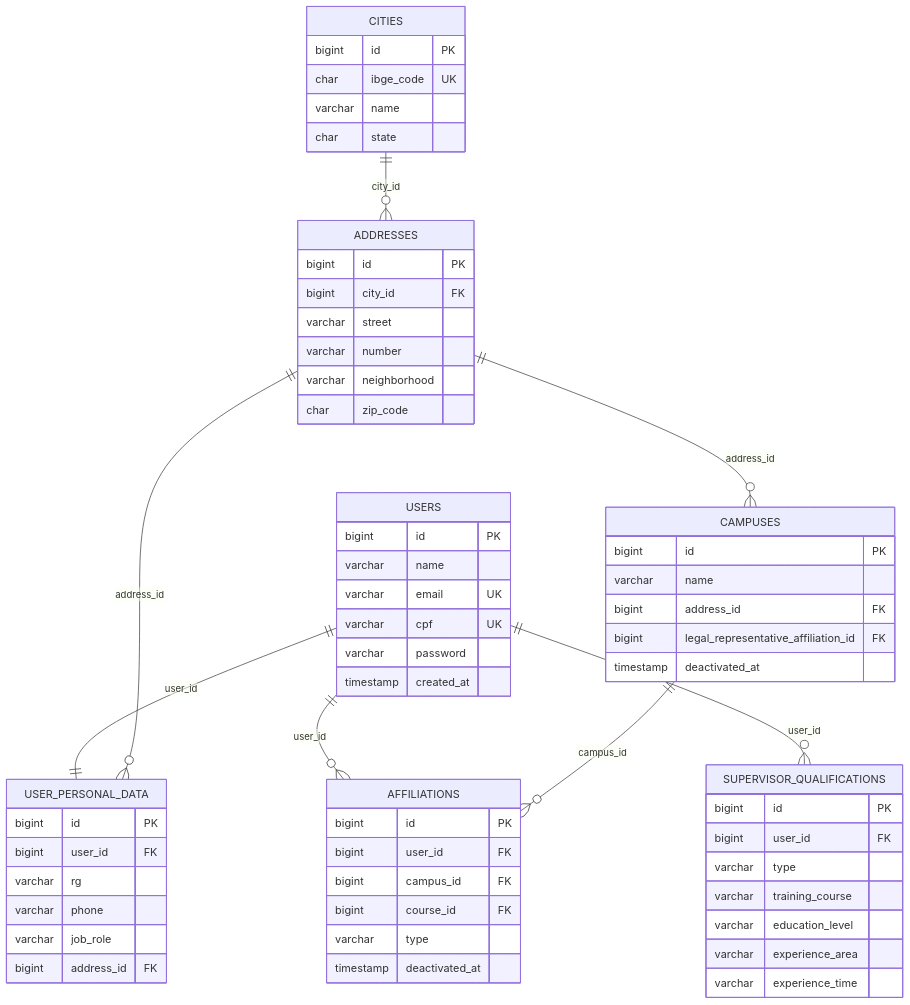
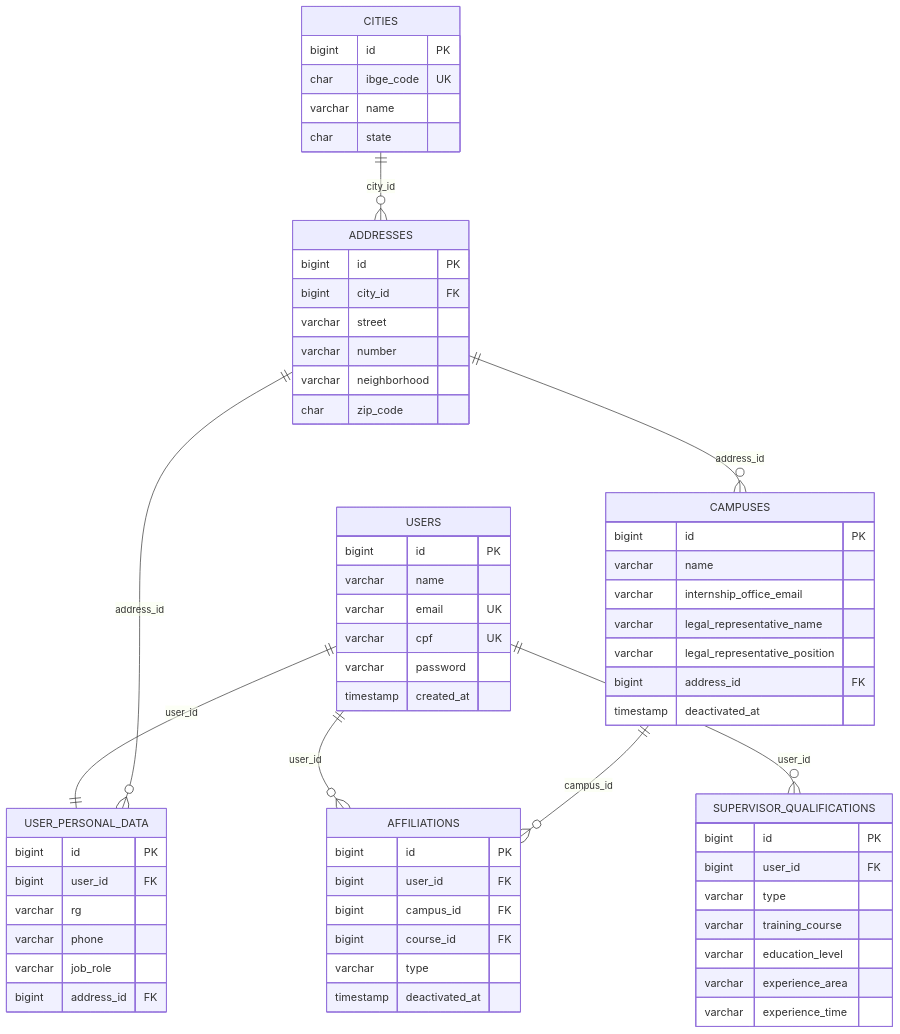
One commit to sge-suite/docs changed the diagram in docs/diagrams/sources/modelo-nucleo-identidade.mmd. Above: the diagram before and after it, drawn with Mermaid. The commit also changed 50 other files, not shown here.

```diff
--- a/docs/diagrams/sources/modelo-nucleo-identidade.mmd
+++ b/docs/diagrams/sources/modelo-nucleo-identidade.mmd
@@ -1,63 +1,65 @@
 erDiagram
     USERS ||--|| USER_PERSONAL_DATA : user_id
     USERS ||--o{ SUPERVISOR_QUALIFICATIONS : user_id
     USERS ||--o{ AFFILIATIONS : user_id
     CITIES ||--o{ ADDRESSES : city_id
     ADDRESSES ||--o{ USER_PERSONAL_DATA : address_id
     ADDRESSES ||--o{ CAMPUSES : address_id
     CAMPUSES ||--o{ AFFILIATIONS : campus_id
 
     USERS {
         bigint id PK
         varchar name
         varchar email UK
         varchar cpf UK
         varchar password
         timestamp created_at
     }
     USER_PERSONAL_DATA {
         bigint id PK
         bigint user_id FK
         varchar rg
         varchar phone
         varchar job_role
         bigint address_id FK
     }
     SUPERVISOR_QUALIFICATIONS {
         bigint id PK
         bigint user_id FK
         varchar type
         varchar training_course
         varchar education_level
         varchar experience_area
         varchar experience_time
     }
     ADDRESSES {
         bigint id PK
         bigint city_id FK
         varchar street
         varchar number
         varchar neighborhood
         char zip_code
     }
     CITIES {
         bigint id PK
         char ibge_code UK
         varchar name
         char state
     }
     CAMPUSES {
         bigint id PK
         varchar name
+        varchar internship_office_email
+        varchar legal_representative_name
+        varchar legal_representative_position
         bigint address_id FK
-        bigint legal_representative_affiliation_id FK
         timestamp deactivated_at
     }
     AFFILIATIONS {
         bigint id PK
         bigint user_id FK
         bigint campus_id FK
         bigint course_id FK
         varchar type
         timestamp deactivated_at
     }
```
